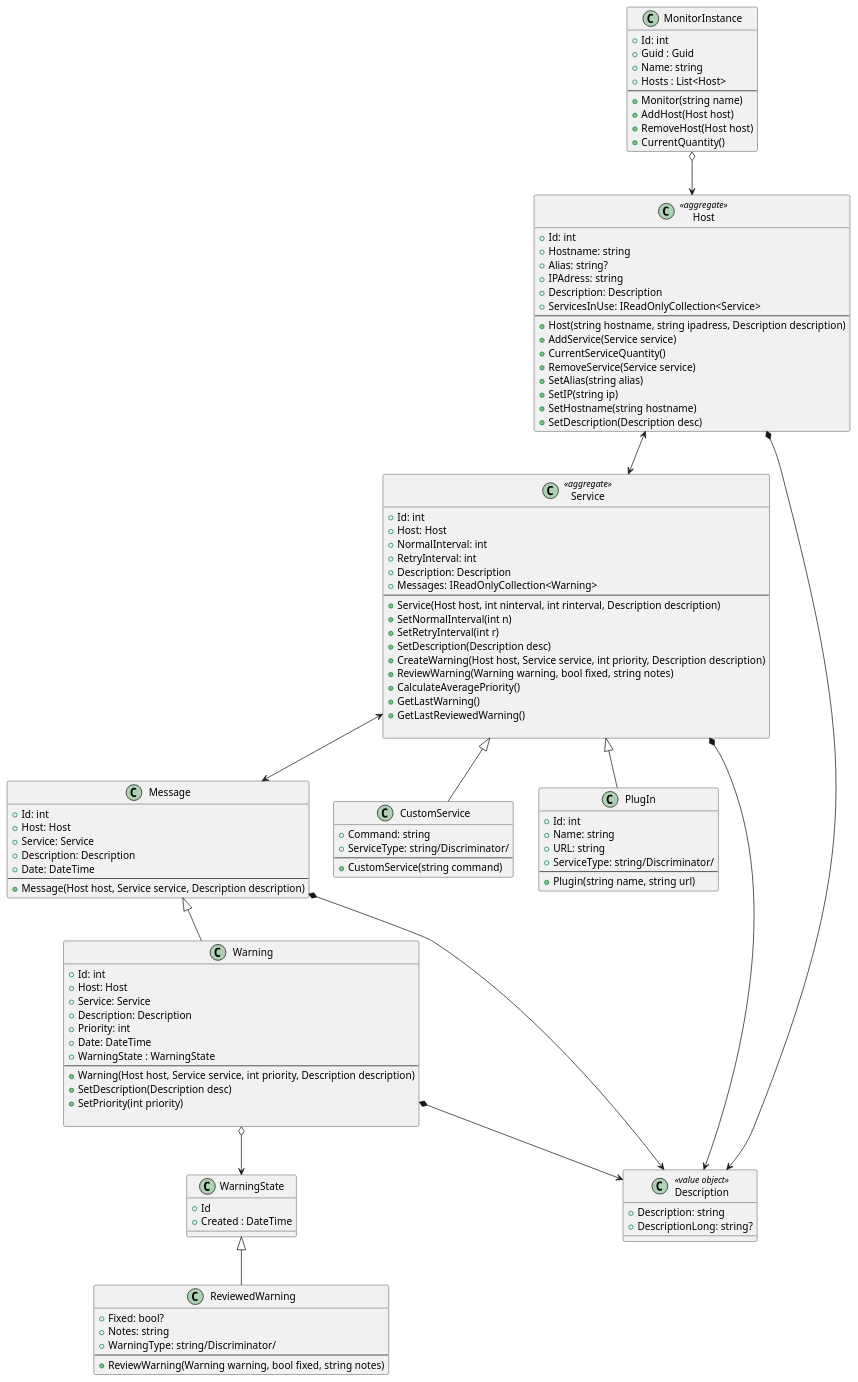
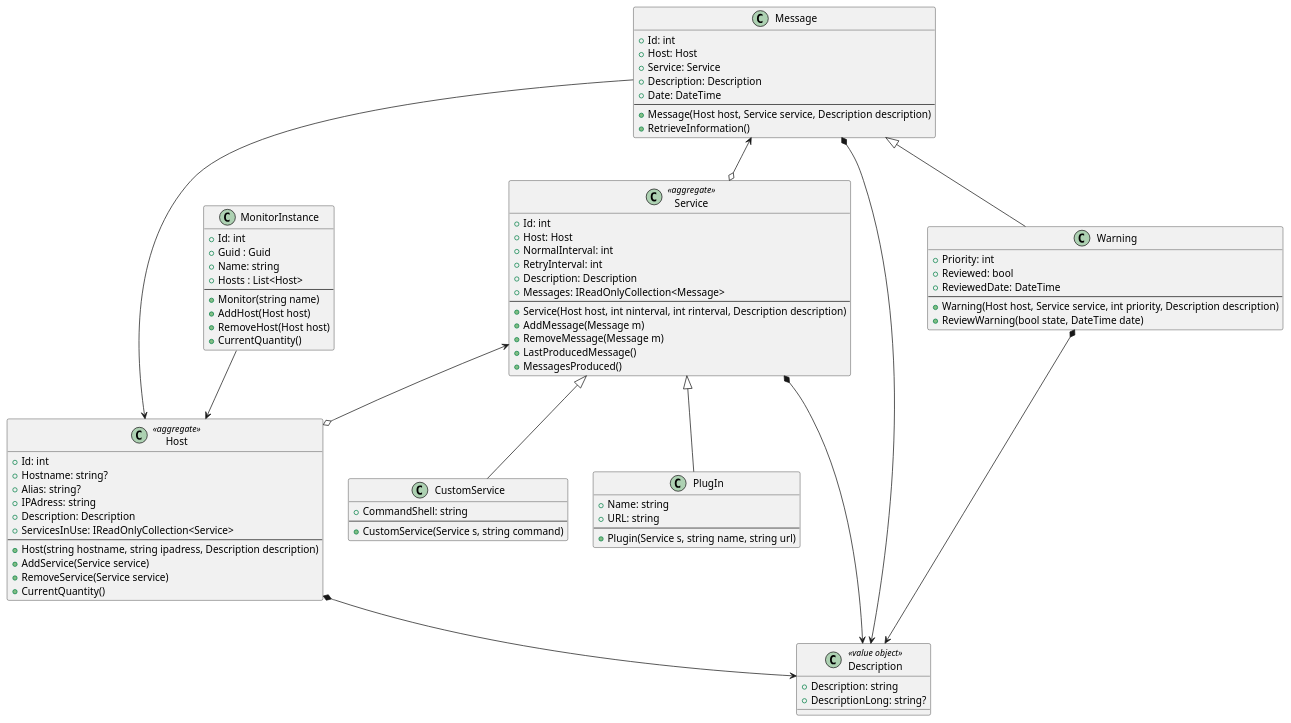
Before and after one commit to pa4ul/NetMonitor: the diagram in ClassDiagram/NetMonitor.puml, drawn with PlantUML. The commit also changed 23 other files, not shown here.

Commit message:
Rework 'done' with MonitorInstance and Host

```diff
--- a/ClassDiagram/NetMonitor.puml
+++ b/ClassDiagram/NetMonitor.puml
@@ -1,124 +1,97 @@
 @startuml
 
 class MonitorInstance{
     + Id: int
     + Guid : Guid
     + Name: string
     + Hosts : List<Host>
     ---
     + Monitor(string name)
     + AddHost(Host host)
     + RemoveHost(Host host)
     + CurrentQuantity()
 }
+
+class Host <<aggregate>>{
+    +Id: int
+    +Hostname: string?
+    +Alias: string?
+    +IPAdress: string
+    +Description: Description
+    +ServicesInUse: IReadOnlyCollection<Service>
+    ---
+    +Host(string hostname, string ipadress, Description description)
+    +AddService(Service service)
+    +RemoveService(Service service)
+    +CurrentQuantity()
+}
+class Service<<aggregate>>{
+    +Id: int
+    +Host: Host
+    +NormalInterval: int
+    +RetryInterval: int
+    +Description: Description
+    +Messages: IReadOnlyCollection<Message>
+    ---
+    +Service(Host host, int ninterval, int rinterval, Description description)
+    +AddMessage(Message m)
+    +RemoveMessage(Message m)
+    +LastProducedMessage()
+    +MessagesProduced()
+}
 class Message{
     +Id: int
     +Host: Host
     +Service: Service
     +Description: Description
     +Date: DateTime
     ---
     +Message(Host host, Service service, Description description)
+    +RetrieveInformation()
 }
-class Host <<aggregate>>{
-    +Id: int
-    +Hostname: string
-    +Alias: string?
-    +IPAdress: string
-    +Description: Description
-    +ServicesInUse: IReadOnlyCollection<Service>
+class CustomService{
+    +CommandShell: string
     ---
-    +Host(string hostname, string ipadress, Description description)
-    +AddService(Service service)
-    +CurrentServiceQuantity()
-    +RemoveService(Service service)
-    +SetAlias(string alias)
-    +SetIP(string ip)
-    +SetHostname(string hostname)
-    +SetDescription(Description desc)
-}
-class Service<<aggregate>>{
-    +Id: int
-    +Host: Host
-    +NormalInterval: int
-    +RetryInterval: int
-    +Description: Description
-    +Messages: IReadOnlyCollection<Warning>
-    ---
-    +Service(Host host, int ninterval, int rinterval, Description description)
-    +SetNormalInterval(int n)
-    +SetRetryInterval(int r)
-    +SetDescription(Description desc)
-    +CreateWarning(Host host, Service service, int priority, Description description)
-    +ReviewWarning(Warning warning, bool fixed, string notes)
-    +CalculateAveragePriority()
-    +GetLastWarning()
-    +GetLastReviewedWarning()
-
-}
-
-class CustomService{
-    +Command: string
-    +ServiceType: string/Discriminator/
-    ---
-    +CustomService(string command)
+    +CustomService(Service s, string command)
 }
 
 class PlugIn{
-    +Id: int
     +Name: string
     +URL: string
-    +ServiceType: string/Discriminator/
     ---
-    +Plugin(string name, string url)
+    +Plugin(Service s, string name, string url)
 }
 
 class Description <<value object>>{
     +Description: string
     +DescriptionLong: string?
 }
 
 class Warning{
-    +Id: int
-    +Host: Host
-    +Service: Service
-    +Description: Description
     +Priority: int
-    +Date: DateTime
-    +WarningState : WarningState
+    +Reviewed: bool
+    +ReviewedDate: DateTime
     ---
     +Warning(Host host, Service service, int priority, Description description)
-    +SetDescription(Description desc)
-    +SetPriority(int priority)
-    
+    +ReviewWarning(bool state, DateTime date)
 }
 
-class WarningState {
-    +Id
-    +Created : DateTime
-}
+MonitorInstance --> Host
 
-class ReviewedWarning{
-    +Fixed: bool?
-    +Notes: string
-    +WarningType: string/Discriminator/
-    ---
-    +ReviewWarning(Warning warning, bool fixed, string notes)
-}
-
-
-
-ReviewedWarning -up-|> WarningState
-CustomService -up-|> Service
-PlugIn -up-|> Service
 Host *--> Description
 Service *--> Description
 Warning *--> Description
-Warning o--> WarningState
 Message *--> Description
-Host <--> Service
-MonitorInstance o--> Host
-Service <--> Message
+
+
+Message <--o Service
+Service <--o Host
+
+Message --> Host
+
 Warning -up-|> Message
+CustomService -up-|> Service
+PlugIn -up-|> Service
+
 
 @enduml
```
